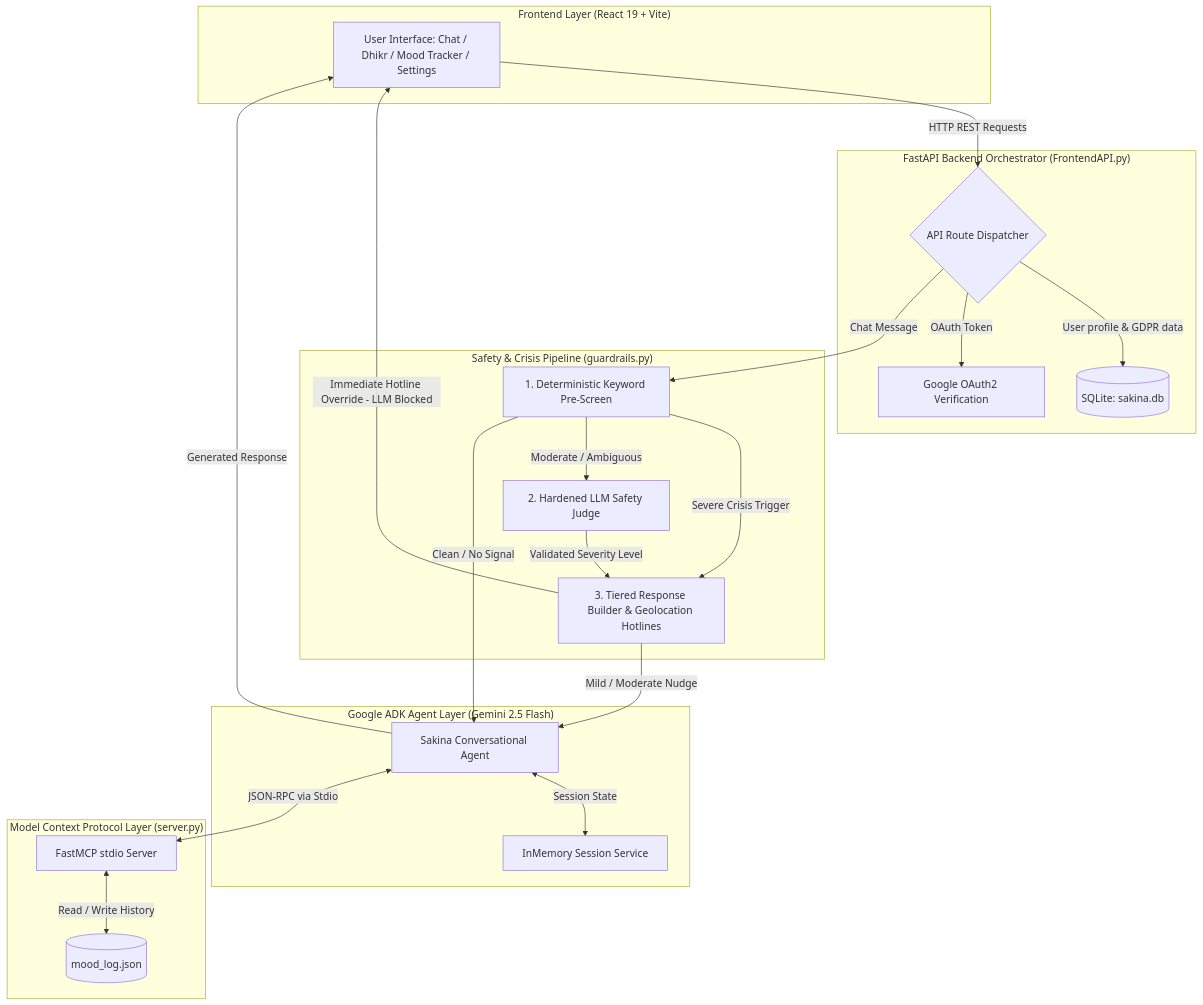
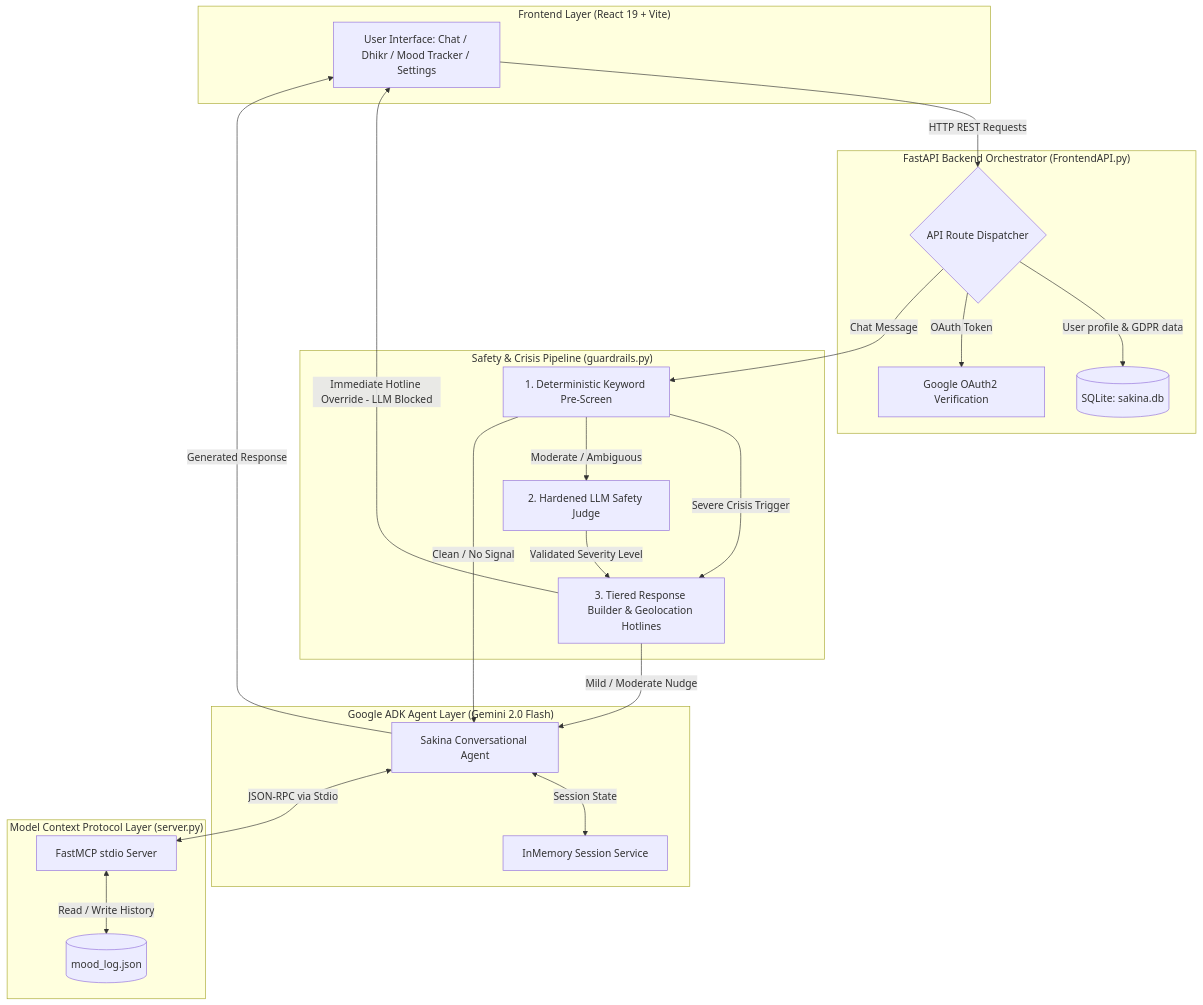
One commit to Rida-Tariq26/-SAKINA-----TRANQUILITY changed the first of 2 diagrams in README.md. Above: the diagram before and after it, drawn with Mermaid. The commit also changed other lines of this file and 20 other files, not shown here.

````diff
--- a/README.md
+++ b/README.md
@@ -90,47 +90,47 @@
 ```mermaid
 flowchart TD
     subgraph Client["Frontend Layer (React 19 + Vite)"]
         UI[User Interface: Chat / Dhikr / Mood Tracker / Settings]
     end
 
     subgraph API["FastAPI Backend Orchestrator (FrontendAPI.py)"]
         Router{API Route Dispatcher}
         DB[(SQLite: sakina.db)]
         OAuth[Google OAuth2 Verification]
     end
 
     subgraph Guardrail["Safety & Crisis Pipeline (guardrails.py)"]
         KW[1. Deterministic Keyword Pre-Screen]
         Judge[2. Hardened LLM Safety Judge]
         TierGen[3. Tiered Response Builder & Geolocation Hotlines]
     end
 
-    subgraph ADK["Google ADK Agent Layer (Gemini 2.5 Flash)"]
+    subgraph ADK["Google ADK Agent Layer (Gemini 2.0 Flash)"]
         Agent[Sakina Conversational Agent]
         SessionMgr[InMemory Session Service]
     end
 
     subgraph MCP["Model Context Protocol Layer (server.py)"]
         MCPServer[FastMCP stdio Server]
         MoodFile[(mood_log.json)]
     end
 
     UI -->|HTTP REST Requests| Router
     Router -->|User profile & GDPR data| DB
     Router -->|OAuth Token| OAuth
 
     Router -->|Chat Message| KW
     KW -->|Severe Crisis Trigger| TierGen
     TierGen -->|Immediate Hotline Override - LLM Blocked| UI
 
     KW -->|Moderate / Ambiguous| Judge
     Judge -->|Validated Severity Level| TierGen
     TierGen -->|Mild / Moderate Nudge| Agent
 
     KW -->|Clean / No Signal| Agent
     Agent <-->|Session State| SessionMgr
     Agent <-->|JSON-RPC via Stdio| MCPServer
     MCPServer <-->|Read / Write History| MoodFile
 
     Agent -->|Generated Response| UI
 ```
````
